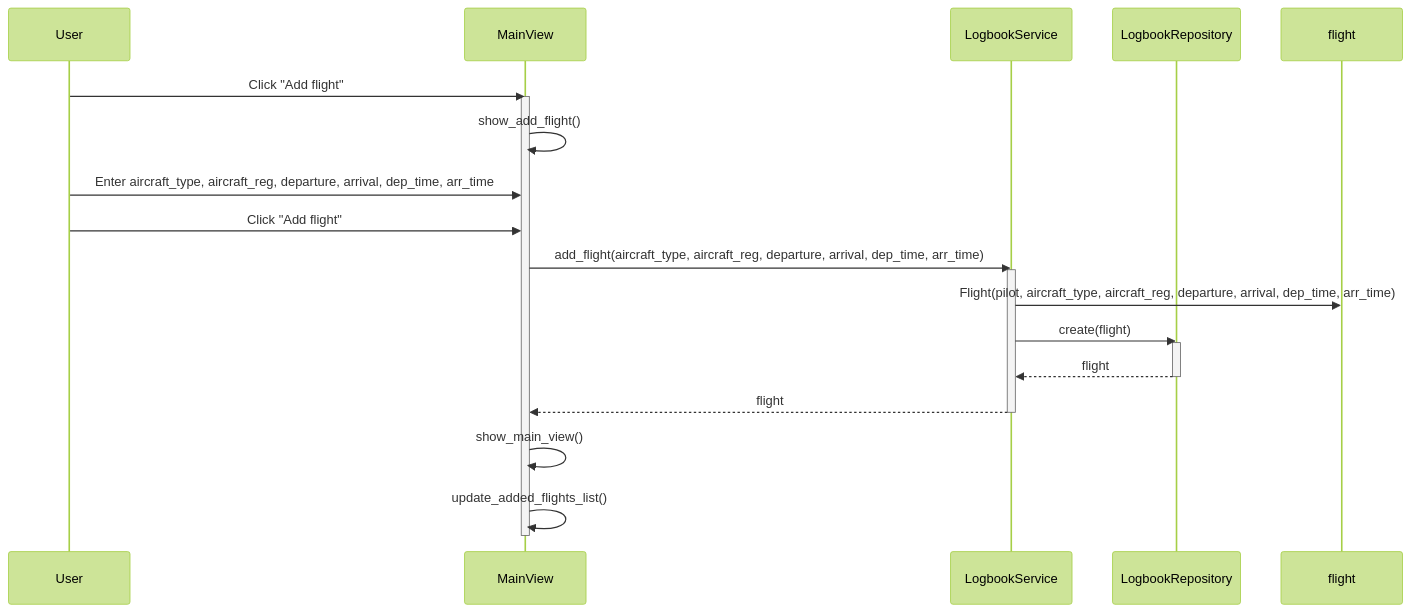
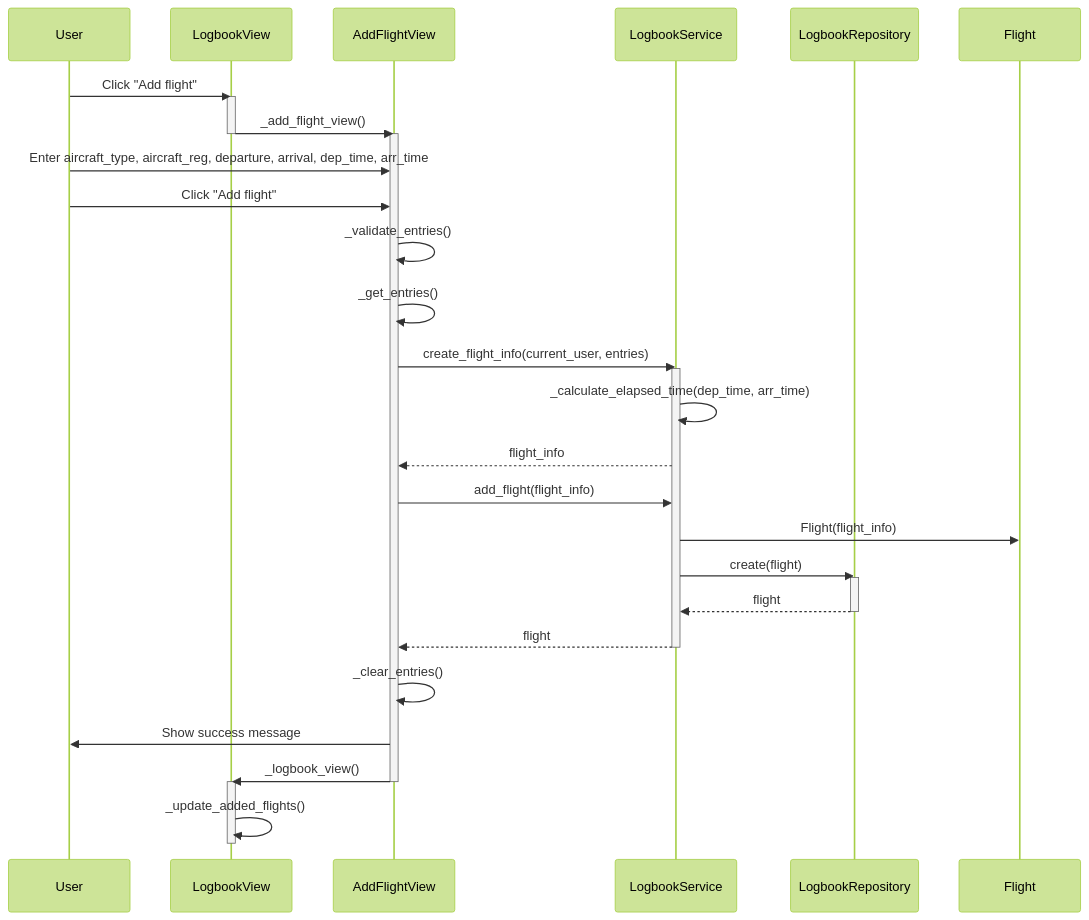
The fifth of 5 diagrams in dokumentaatio/arkkitehtuuri.md (ilmari21/ot-harjoitustyo), drawn with Mermaid (forest theme) before and after one commit. The commit also changed other lines of this file, not shown here.

````diff
--- a/dokumentaatio/arkkitehtuuri.md
+++ b/dokumentaatio/arkkitehtuuri.md
@@ -109,28 +144,41 @@
 ```mermaid
- sequenceDiagram
+sequenceDiagram
     participant User
-    participant MainView
+    participant LogbookView
+    participant AddFlightView
     participant LogbookService
     participant LogbookRepository
-    participant flight
+    participant Flight
 
-    User->>MainView: Click "Add flight"
-    activate MainView
-    MainView->>MainView: show_add_flight()
+    User->>LogbookView: Click "Add flight"
+    activate LogbookView
+    LogbookView->>AddFlightView: _add_flight_view()
+    deactivate LogbookView
     
-    User->>MainView: Enter aircraft_type, aircraft_reg, departure, arrival, dep_time, arr_time
-    User->>MainView: Click "Add flight"
-    MainView->>LogbookService: add_flight(aircraft_type, aircraft_reg, departure, arrival, dep_time, arr_time)
+    activate AddFlightView
+    User->>AddFlightView: Enter aircraft_type, aircraft_reg, departure, arrival, dep_time, arr_time
+    User->>AddFlightView: Click "Add flight"
+    AddFlightView->>AddFlightView: _validate_entries()
+    AddFlightView->>AddFlightView: _get_entries()
+    AddFlightView->>LogbookService: create_flight_info(current_user, entries)
     activate LogbookService
-    LogbookService->>flight: Flight(pilot, aircraft_type, aircraft_reg, departure, arrival, dep_time, arr_time)
+    LogbookService->>LogbookService: _calculate_elapsed_time(dep_time, arr_time)
+    LogbookService-->>AddFlightView: flight_info
+    AddFlightView->>LogbookService: add_flight(flight_info)
+    LogbookService->>Flight: Flight(flight_info)
     LogbookService->>LogbookRepository: create(flight)
     activate LogbookRepository
     LogbookRepository-->>LogbookService: flight
     deactivate LogbookRepository
-    LogbookService-->>MainView: flight
+    LogbookService-->>AddFlightView: flight
     deactivate LogbookService
-
-    MainView->>MainView: show_main_view()
-    MainView->>MainView: update_added_flights_list()
-    deactivate MainView
+    
+    AddFlightView->>AddFlightView: _clear_entries()
+    AddFlightView->>User: Show success message
+    AddFlightView->>LogbookView: _logbook_view()
+    deactivate AddFlightView
+    
+    activate LogbookView
+    LogbookView->>LogbookView: _update_added_flights()
+    deactivate LogbookView
 ```
````
